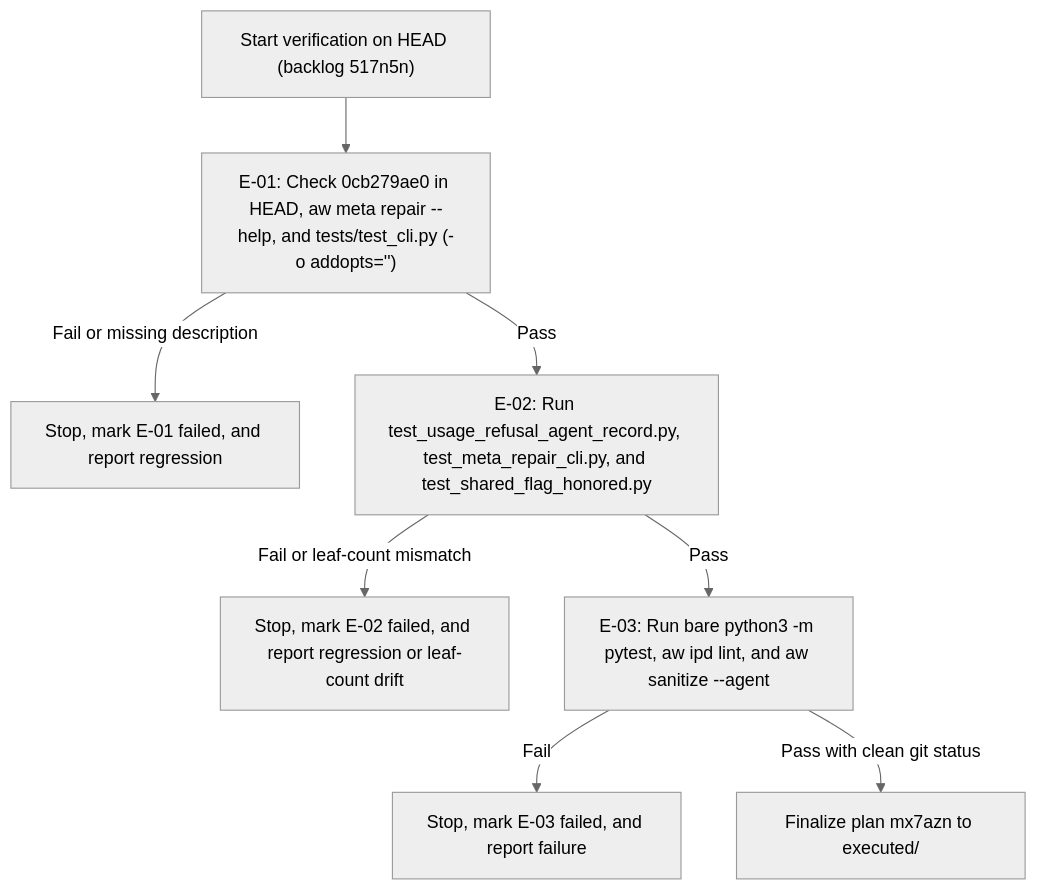
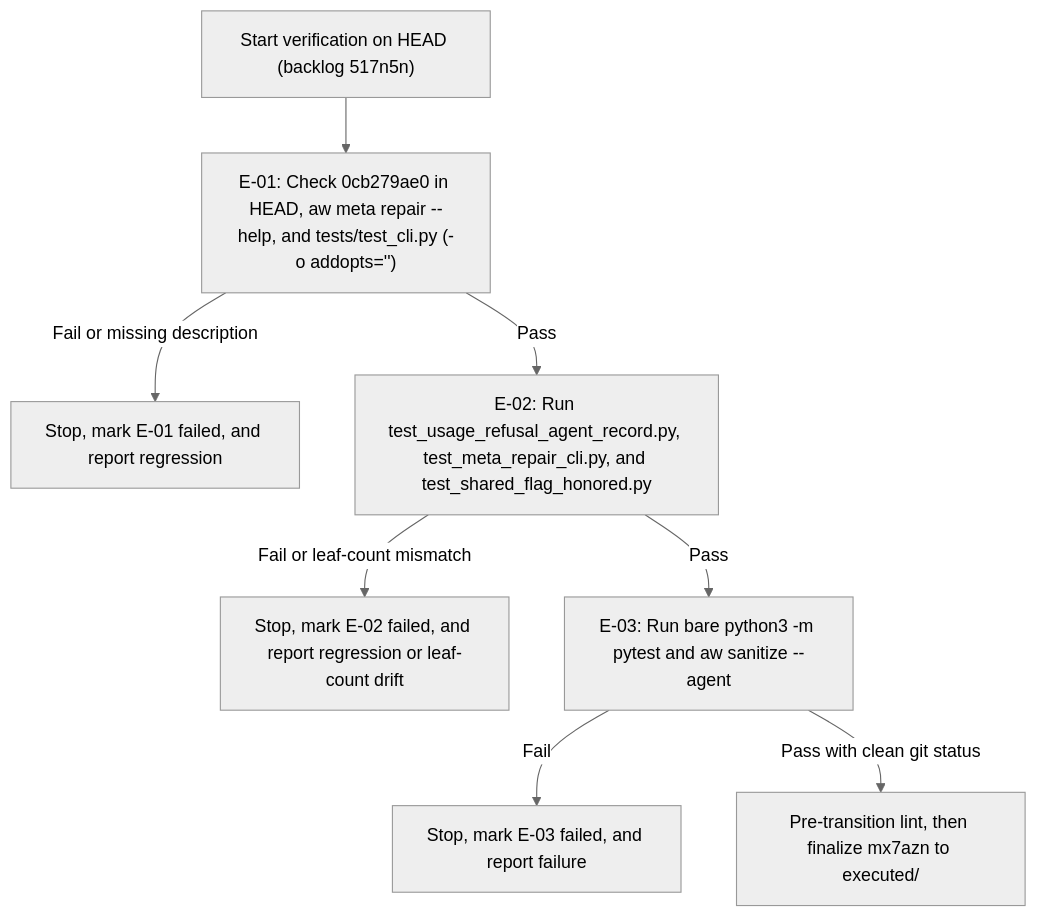
One commit to fariello/agent-workflows changed the diagram in .aw/records/plans/pending/20261121-517n5n-01-mx7azn-verify-aw-meta-repair-subparser-description-and-required-lea.ipd.md. Above: the diagram before and after it, drawn with Mermaid (neutral theme). The commit also changed other lines of this file and 1 other file, not shown here.

First line of the commit message:
plan-review: harden mx7azn (revisions applied)

````diff
--- a/.aw/records/plans/pending/20261121-517n5n-01-mx7azn-verify-aw-meta-repair-subparser-description-and-required-lea.ipd.md
+++ b/.aw/records/plans/pending/20261121-517n5n-01-mx7azn-verify-aw-meta-repair-subparser-description-and-required-lea.ipd.md
@@ -80,10 +83,10 @@
 ```mermaid
 flowchart TD
     S["Start verification on HEAD (backlog 517n5n)"] --> E1["E-01: Check 0cb279ae0 in HEAD, aw meta repair --help, and tests/test_cli.py (-o addopts='')"]
     E1 -->|Fail or missing description| X1["Stop, mark E-01 failed, and report regression"]
     E1 -->|Pass| E2["E-02: Run test_usage_refusal_agent_record.py, test_meta_repair_cli.py, and test_shared_flag_honored.py"]
     E2 -->|Fail or leaf-count mismatch| X2["Stop, mark E-02 failed, and report regression or leaf-count drift"]
-    E2 -->|Pass| E3["E-03: Run bare python3 -m pytest, aw ipd lint, and aw sanitize --agent"]
+    E2 -->|Pass| E3["E-03: Run bare python3 -m pytest and aw sanitize --agent"]
     E3 -->|Fail| X3["Stop, mark E-03 failed, and report failure"]
-    E3 -->|Pass with clean git status| F["Finalize plan mx7azn to executed/"]
+    E3 -->|Pass with clean git status| F["Pre-transition lint, then finalize mx7azn to executed/"]
 ```
````
